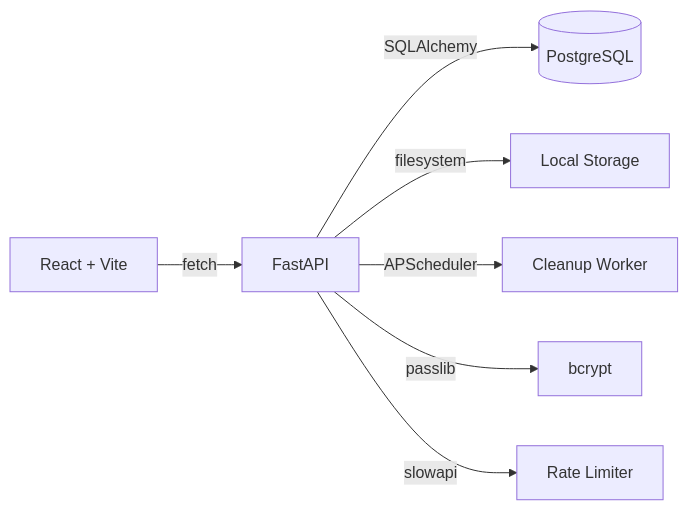
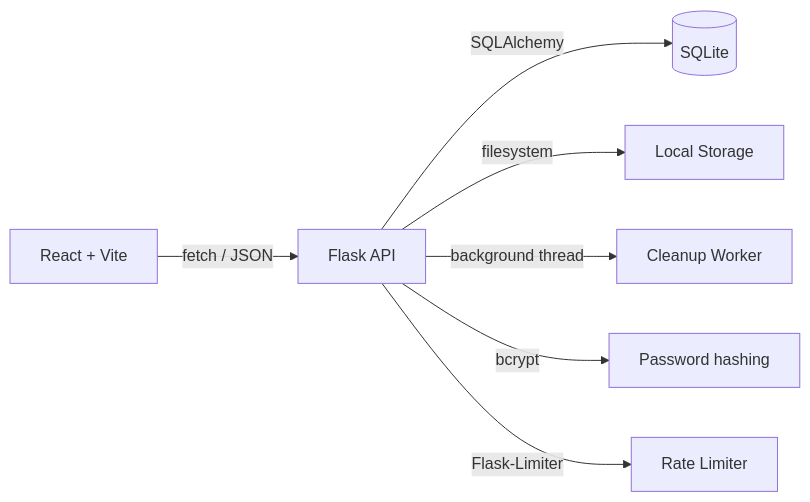
One commit to Vasanth2005kk/ShareNova changed the diagram in README.md. Above: the diagram before and after it, drawn with Mermaid. The commit also changed other lines of this file and 42 other files, not shown here.

Commit message:
fast api migration to flask

````diff
--- a/README.md
+++ b/README.md
@@ -99,9 +97,9 @@
 ```mermaid
 graph LR
-    A[React + Vite] -->|fetch| B[FastAPI]
-    B -->|SQLAlchemy| C[(PostgreSQL)]
+    A[React + Vite] -->|fetch / JSON| B[Flask API]
+    B -->|SQLAlchemy| C[(SQLite)]
     B -->|filesystem| D[Local Storage]
-    B -->|APScheduler| E[Cleanup Worker]
-    B -->|passlib| F[bcrypt]
-    B -->|slowapi| G[Rate Limiter]
+    B -->|background thread| E[Cleanup Worker]
+    B -->|bcrypt| F[Password hashing]
+    B -->|Flask-Limiter| G[Rate Limiter]
 ```
````
